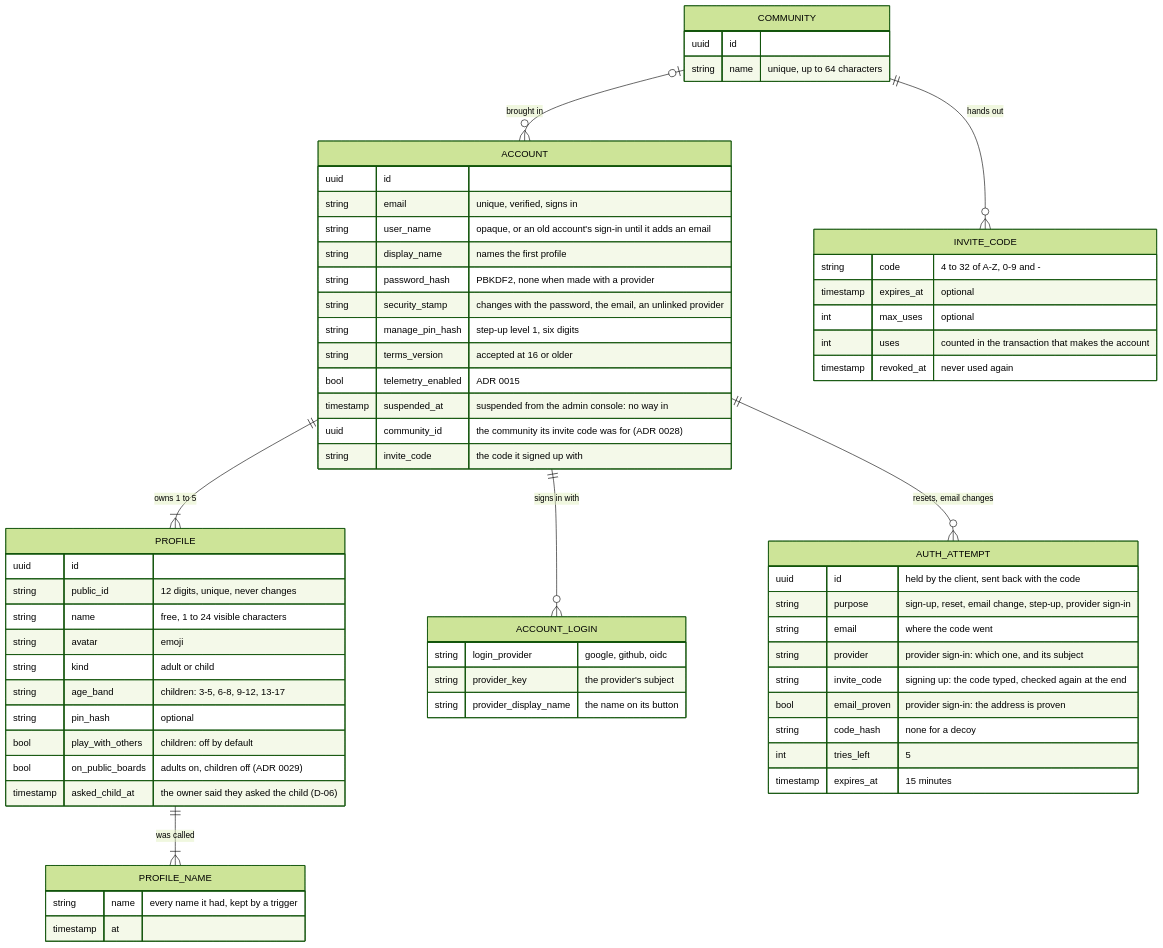
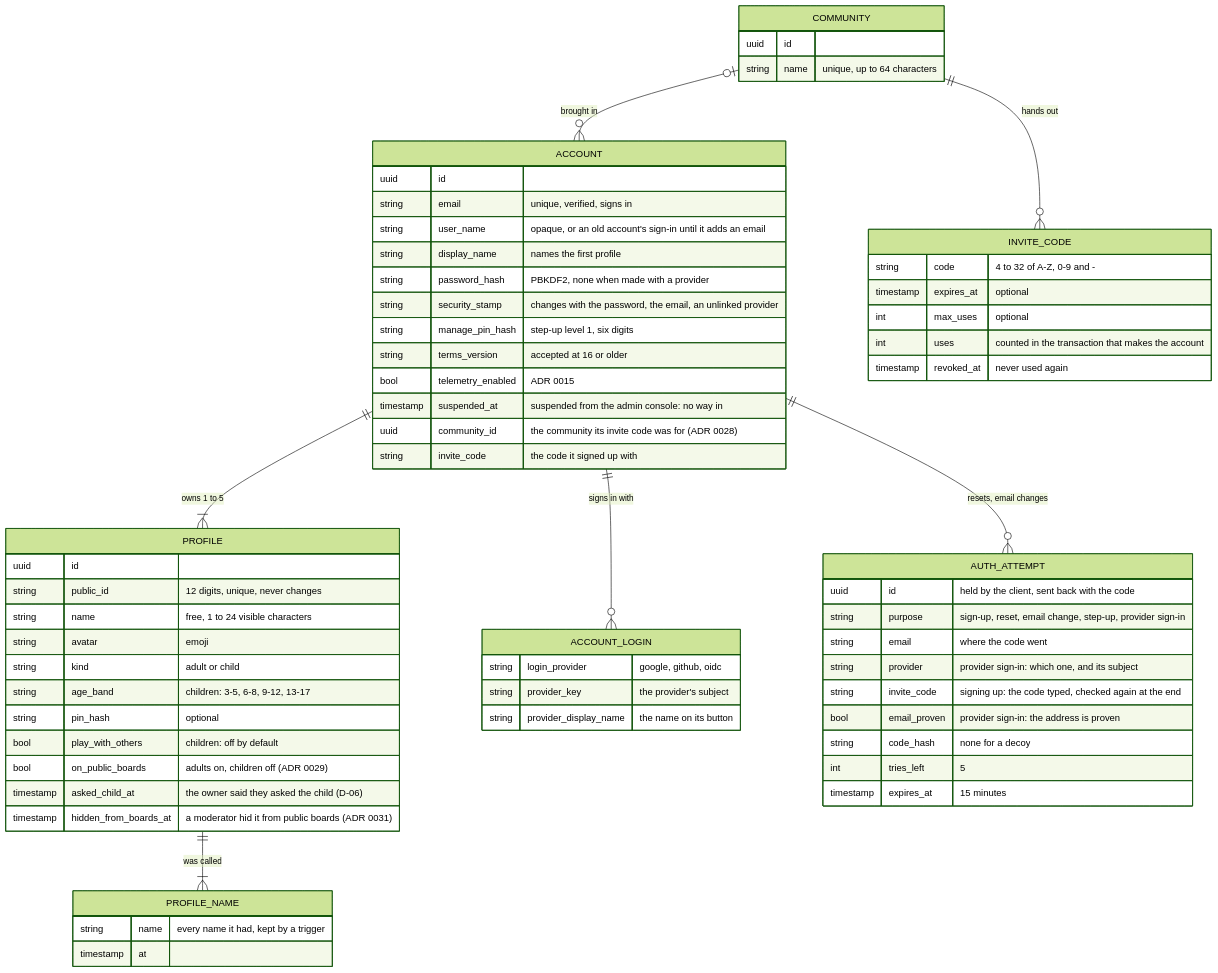
Before and after one commit to vinh466/tohe-play: the first of 11 diagrams in docs/architecture/identity.md, drawn with Mermaid (forest theme). The commit also changed other lines of this file and 5 other files, not shown here.

````diff
--- a/docs/architecture/identity.md
+++ b/docs/architecture/identity.md
@@ -17,66 +17,67 @@
 ```mermaid
 erDiagram
   ACCOUNT ||--|{ PROFILE : "owns 1 to 5"
   PROFILE ||--|{ PROFILE_NAME : "was called"
   ACCOUNT ||--o{ ACCOUNT_LOGIN : "signs in with"
   ACCOUNT ||--o{ AUTH_ATTEMPT : "resets, email changes"
   COMMUNITY |o--o{ ACCOUNT : "brought in"
   COMMUNITY ||--o{ INVITE_CODE : "hands out"
   ACCOUNT {
     uuid id
     string email "unique, verified, signs in"
     string user_name "opaque, or an old account's sign-in until it adds an email"
     string display_name "names the first profile"
     string password_hash "PBKDF2, none when made with a provider"
     string security_stamp "changes with the password, the email, an unlinked provider"
     string manage_pin_hash "step-up level 1, six digits"
     string terms_version "accepted at 16 or older"
     bool telemetry_enabled "ADR 0015"
     timestamp suspended_at "suspended from the admin console: no way in"
     uuid community_id "the community its invite code was for (ADR 0028)"
     string invite_code "the code it signed up with"
   }
   COMMUNITY {
     uuid id
     string name "unique, up to 64 characters"
   }
   INVITE_CODE {
     string code "4 to 32 of A-Z, 0-9 and -"
     timestamp expires_at "optional"
     int max_uses "optional"
     int uses "counted in the transaction that makes the account"
     timestamp revoked_at "never used again"
   }
   ACCOUNT_LOGIN {
     string login_provider "google, github, oidc"
     string provider_key "the provider's subject"
     string provider_display_name "the name on its button"
   }
   PROFILE_NAME {
     string name "every name it had, kept by a trigger"
     timestamp at
   }
   PROFILE {
     uuid id
     string public_id "12 digits, unique, never changes"
     string name "free, 1 to 24 visible characters"
     string avatar "emoji"
     string kind "adult or child"
     string age_band "children: 3-5, 6-8, 9-12, 13-17"
     string pin_hash "optional"
     bool play_with_others "children: off by default"
     bool on_public_boards "adults on, children off (ADR 0029)"
     timestamp asked_child_at "the owner said they asked the child (D-06)"
+    timestamp hidden_from_boards_at "a moderator hid it from public boards (ADR 0031)"
   }
   AUTH_ATTEMPT {
     uuid id "held by the client, sent back with the code"
     string purpose "sign-up, reset, email change, step-up, provider sign-in"
     string email "where the code went"
     string provider "provider sign-in: which one, and its subject"
     string invite_code "signing up: the code typed, checked again at the end"
     bool email_proven "provider sign-in: the address is proven"
     string code_hash "none for a decoy"
     int tries_left "5"
     timestamp expires_at "15 minutes"
   }
 ```
````
